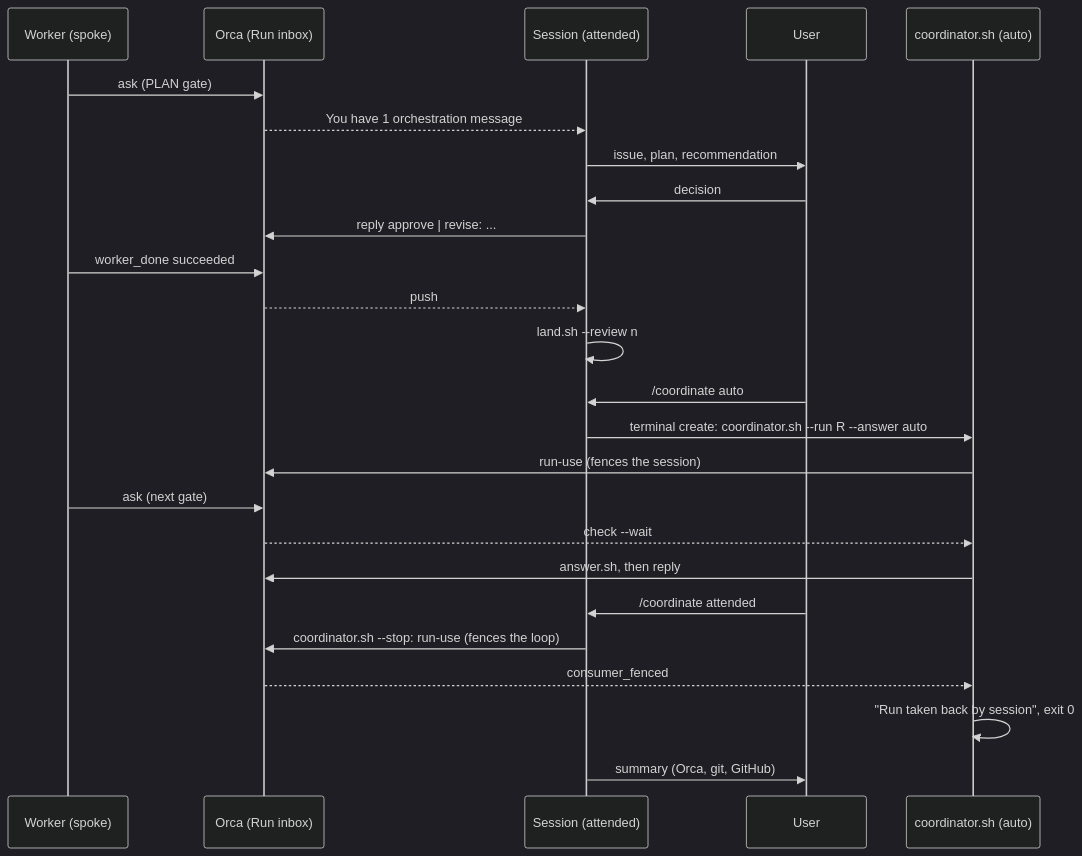
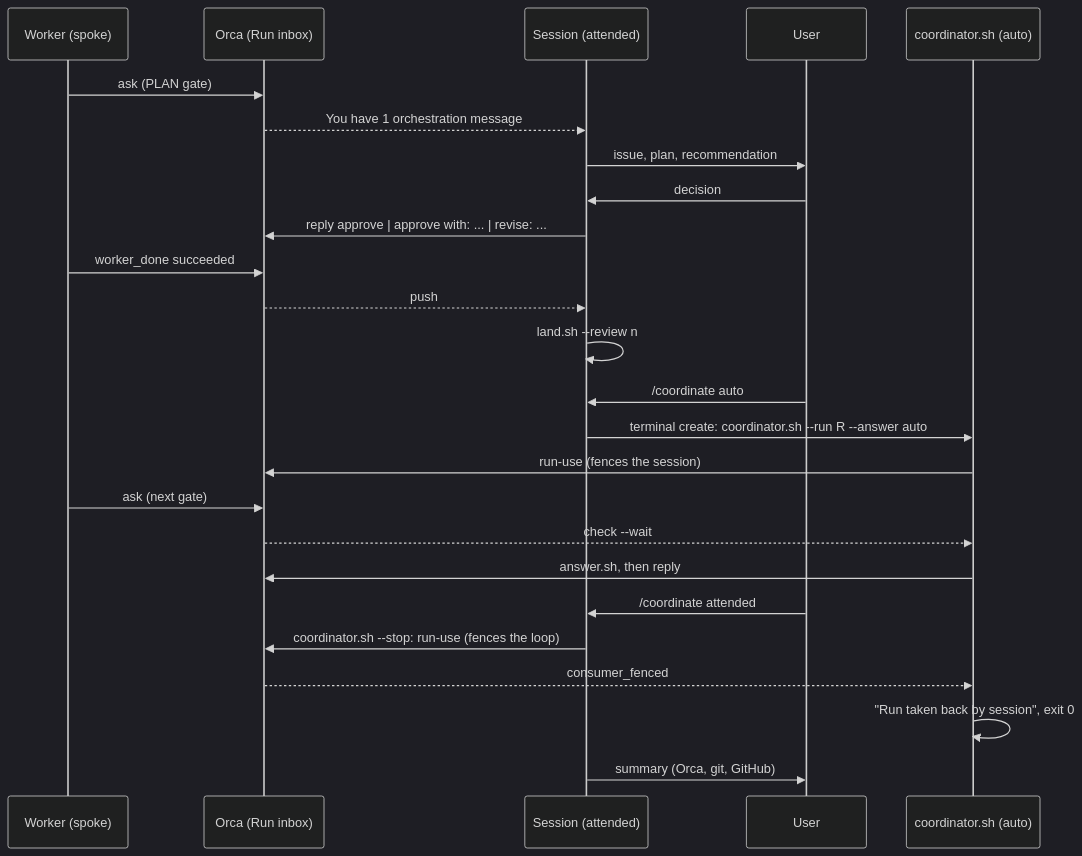
Before and after one commit to mcrilo33/ai-toolkit: the diagram in docs/architecture.md, drawn with Mermaid (dark theme). The commit also changed other lines of this file and 4 other files, not shown here.

First line of the commit message:
docs(policy): approve with: <change> is the third gate reply, chosen per afk-answering Choosing the reply (#393)

````diff
--- a/docs/architecture.md
+++ b/docs/architecture.md
@@ -65,27 +65,27 @@
 ```mermaid
 sequenceDiagram
     participant W as Worker (spoke)
     participant O as Orca (Run inbox)
     participant S as Session (attended)
     participant U as User
     participant L as coordinator.sh (auto)
     W->>O: ask (PLAN gate)
     O-->>S: You have 1 orchestration message
     S->>U: issue, plan, recommendation
     U->>S: decision
-    S->>O: reply approve | revise: ...
+    S->>O: reply approve | approve with: ... | revise: ...
     W->>O: worker_done succeeded
     O-->>S: push
     S->>S: land.sh --review n
     U->>S: /coordinate auto
     S->>L: terminal create: coordinator.sh --run R --answer auto
     L->>O: run-use (fences the session)
     W->>O: ask (next gate)
     O-->>L: check --wait
     L->>O: answer.sh, then reply
     U->>S: /coordinate attended
     S->>O: coordinator.sh --stop: run-use (fences the loop)
     O-->>L: consumer_fenced
     L->>L: "Run taken back by session", exit 0
     S->>U: summary (Orca, git, GitHub)
 ```
````
